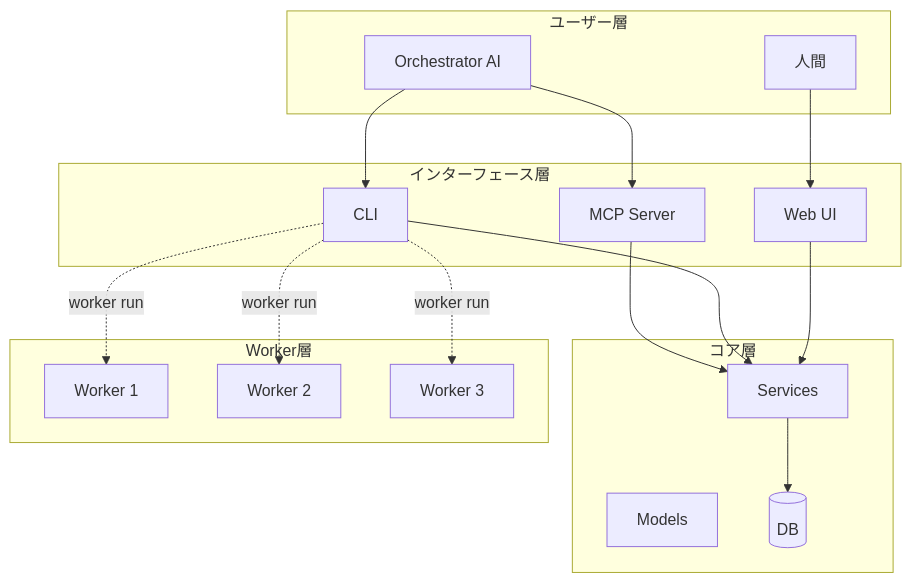
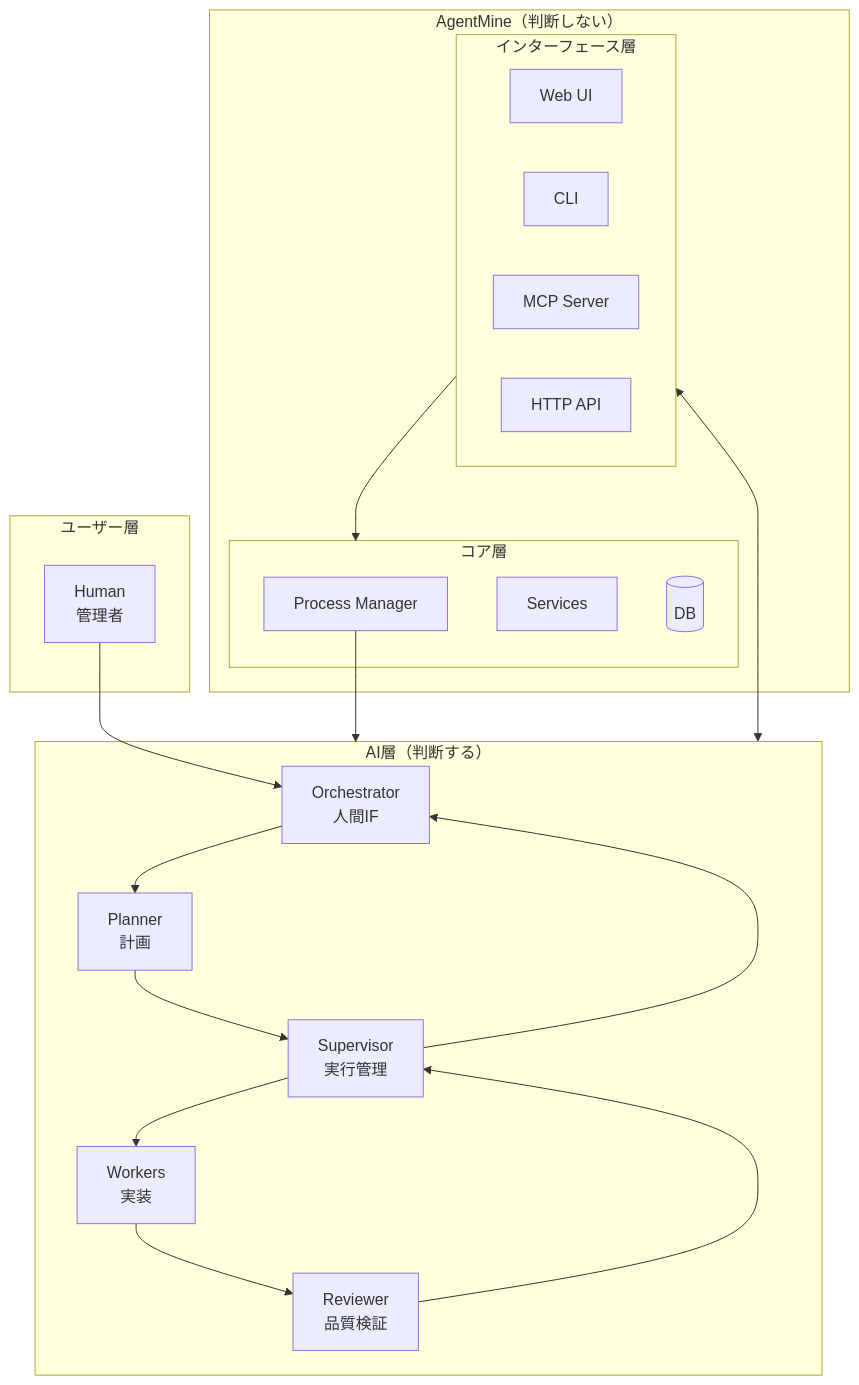
Before and after one commit to krtw00/agentmine: the first of 4 diagrams in docs/02-architecture/architecture.md, drawn with Mermaid. The commit also changed other lines of this file and 7 other files, not shown here.

````diff
--- a/docs/02-architecture/architecture.md
+++ b/docs/02-architecture/architecture.md
@@ -96,36 +104,41 @@
 ```mermaid
 flowchart TB
     subgraph User["ユーザー層"]
-        Human[人間]
-        Orch[Orchestrator AI]
+        Human[Human<br/>管理者]
     end
 
-    subgraph Interface["インターフェース層"]
-        WebUI[Web UI]
-        CLI[CLI]
-        MCP[MCP Server]
+    subgraph AILayer["AI層（判断する）"]
+        Orch[Orchestrator<br/>人間IF]
+        Planner[Planner<br/>計画]
+        Supervisor[Supervisor<br/>実行管理]
+        Workers[Workers<br/>実装]
+        Reviewer[Reviewer<br/>品質検証]
     end
 
-    subgraph Core["コア層"]
-        Services[Services]
-        Models[Models]
-        DB[(DB)]
+    subgraph AgentMine["AgentMine（判断しない）"]
+        subgraph Interface["インターフェース層"]
+            WebUI[Web UI]
+            CLI[CLI]
+            MCP[MCP Server]
+            API[HTTP API]
+        end
+
+        subgraph Core["コア層"]
+            PM[Process Manager]
+            Services[Services]
+            DB[(DB)]
+        end
     end
 
-    subgraph Workers["Worker層"]
-        W1[Worker 1]
-        W2[Worker 2]
-        W3[Worker 3]
-    end
+    Human --> Orch
+    Orch --> Planner
+    Planner --> Supervisor
+    Supervisor --> Workers
+    Workers --> Reviewer
+    Reviewer --> Supervisor
+    Supervisor --> Orch
 
-    Human --> WebUI
-    Orch --> CLI
-    Orch --> MCP
-    WebUI --> Services
-    CLI --> Services
-    MCP --> Services
-    Services --> DB
-    CLI -.-> |worker run| W1
-    CLI -.-> |worker run| W2
-    CLI -.-> |worker run| W3
+    AILayer <--> Interface
+    Interface --> Core
+    PM --> AILayer
 ```
````
